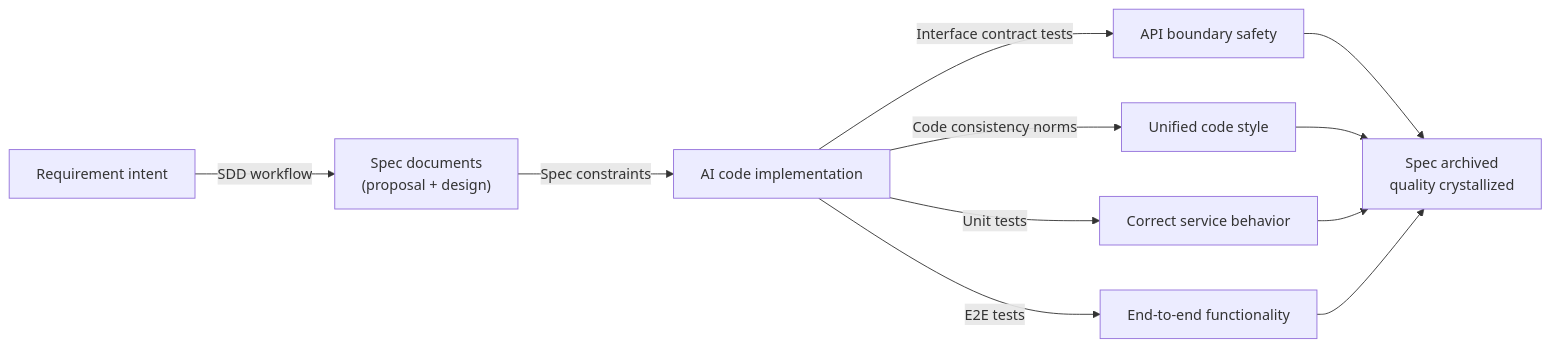
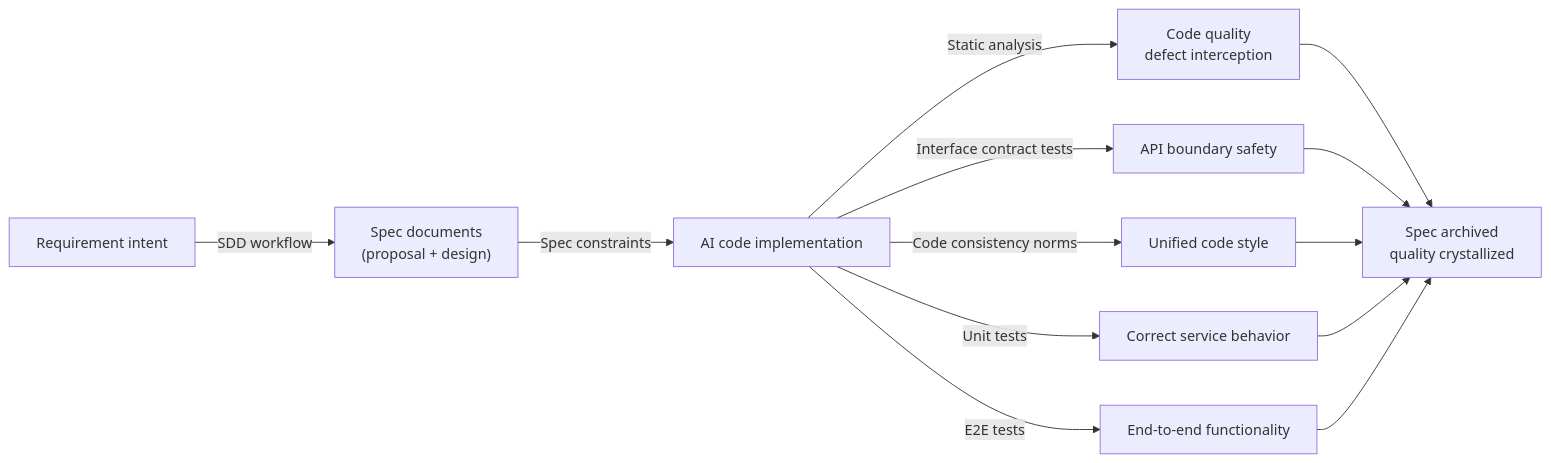
The third of 3 diagrams in apps/lina-site/i18n/en/docusaurus-plugin-content-docs/current/docs/1000-concepts/4000-ai-engineering-quality.md (linaproai/linapro-site), drawn with Mermaid before and after one commit. The commit also changed other lines of this file and 3 other files, not shown here.

Commit message:
feat: enhance documentation on static analysis tools and commands

````diff
--- a/apps/lina-site/i18n/en/docusaurus-plugin-content-docs/current/docs/1000-concepts/4000-ai-engineering-quality.md
+++ b/apps/lina-site/i18n/en/docusaurus-plugin-content-docs/current/docs/1000-concepts/4000-ai-engineering-quality.md
@@ -221,10 +256,11 @@
 ```mermaid
 flowchart LR
     A["Requirement intent"] -->|"SDD workflow"| B["Spec documents\n(proposal + design)"]
     B -->|"Spec constraints"| C["AI code implementation"]
+    C -->|"Static analysis"| I["Code quality\ndefect interception"]
     C -->|"Interface contract tests"| D["API boundary safety"]
     C -->|"Code consistency norms"| E["Unified code style"]
     C -->|"Unit tests"| F["Correct service behavior"]
     C -->|"E2E tests"| G["End-to-end functionality"]
-    D & E & F & G --> H["Spec archived\nquality crystallized"]
+    I & D & E & F & G --> H["Spec archived\nquality crystallized"]
 ```
````
